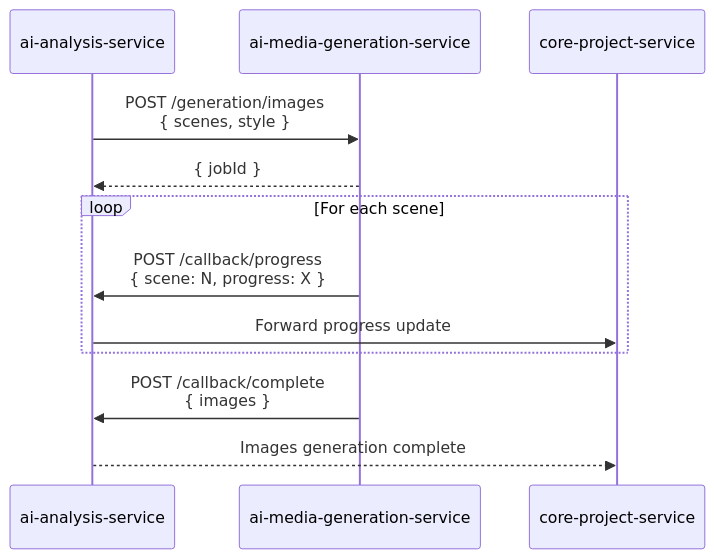
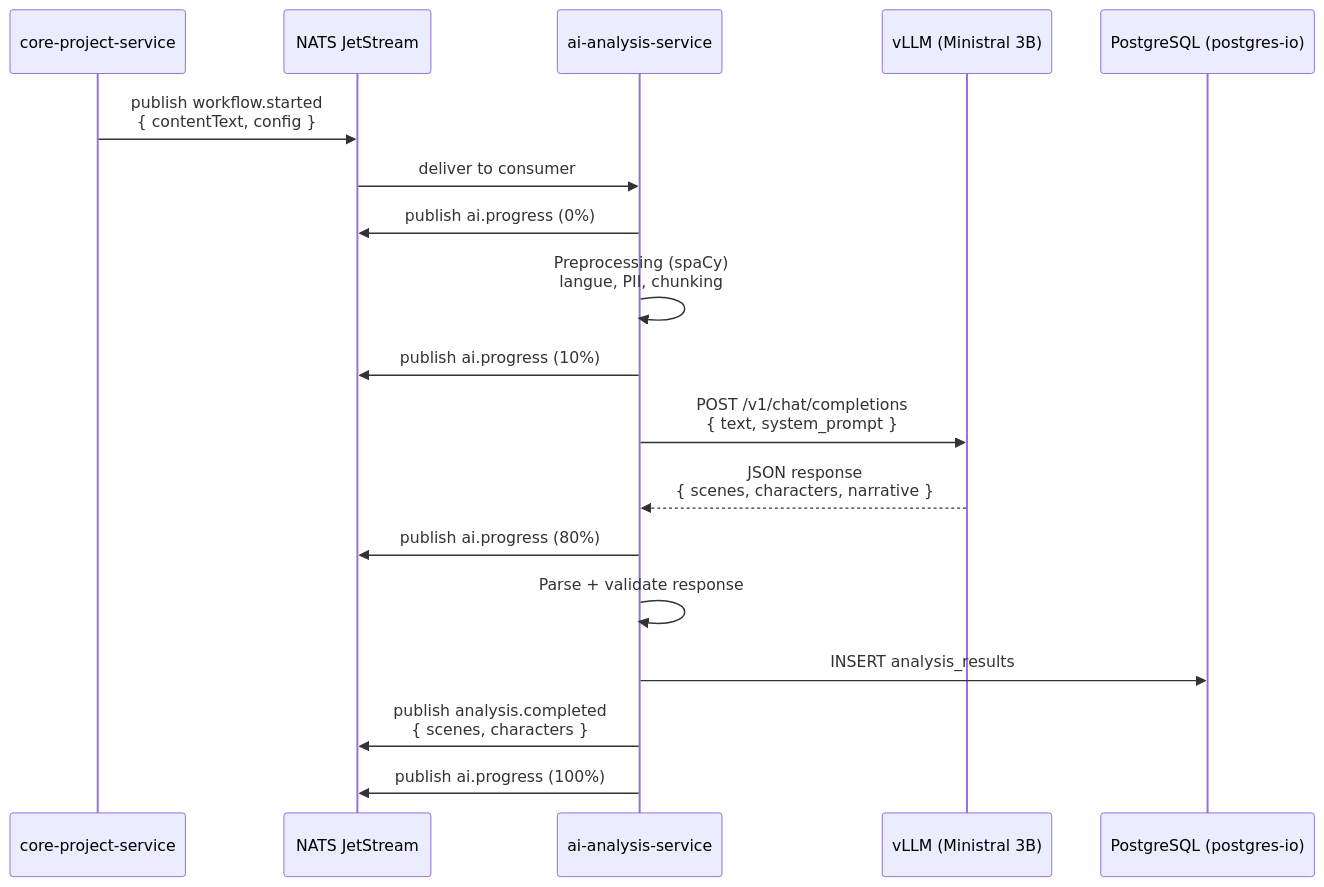
One commit to VisioBook-ESP/docs-architecture changed the third of 3 diagrams in microservices/ai-analysis-service.md. Above: the diagram before and after it, drawn with Mermaid. The commit also changed other lines of this file and 4 other files, not shown here.

````diff
--- a/microservices/ai-analysis-service.md
+++ b/microservices/ai-analysis-service.md
@@ -444,17 +266,26 @@
 ```mermaid
 sequenceDiagram
+    participant CPS as core-project-service
+    participant NATS as NATS JetStream
     participant AI as ai-analysis-service
-    participant MEDIA as ai-media-generation-service
-    participant PS as core-project-service
+    participant VLLM as vLLM (Ministral 3B)
+    participant PG as PostgreSQL (postgres-io)
 
-    AI->>MEDIA: POST /generation/images<br/>{ scenes, style }
-    MEDIA-->>AI: { jobId }
+    CPS->>NATS: publish workflow.started<br/>{ contentText, config }
+    NATS->>AI: deliver to consumer
 
-    loop For each scene
-        MEDIA->>AI: POST /callback/progress<br/>{ scene: N, progress: X }
-        AI->>PS: Forward progress update
-    end
+    AI->>NATS: publish ai.progress (0%)
 
-    MEDIA->>AI: POST /callback/complete<br/>{ images }
-    AI-->>PS: Images generation complete
+    AI->>AI: Preprocessing (spaCy)<br/>langue, PII, chunking
+    AI->>NATS: publish ai.progress (10%)
+
+    AI->>VLLM: POST /v1/chat/completions<br/>{ text, system_prompt }
+    VLLM-->>AI: JSON response<br/>{ scenes, characters, narrative }
+
+    AI->>NATS: publish ai.progress (80%)
+
+    AI->>AI: Parse + validate response
+    AI->>PG: INSERT analysis_results
+    AI->>NATS: publish analysis.completed<br/>{ scenes, characters }
+    AI->>NATS: publish ai.progress (100%)
 ```
````
